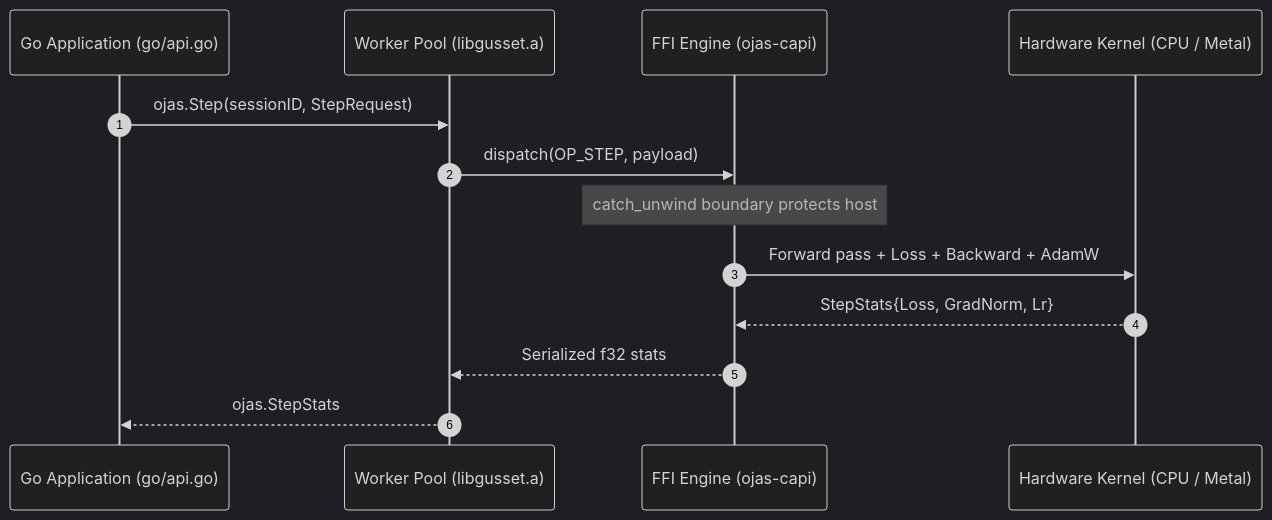
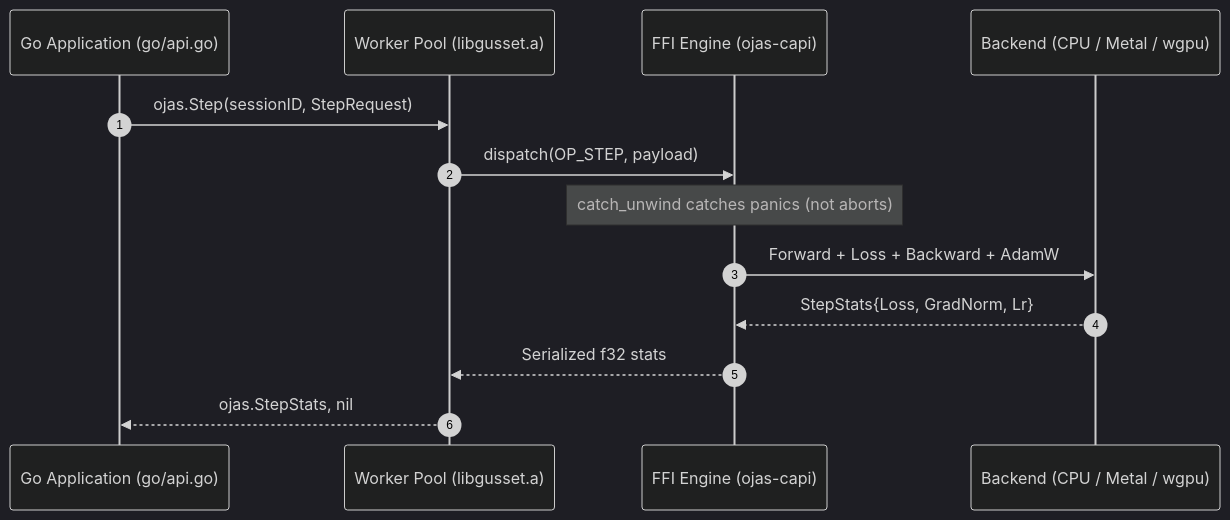
The seventh of 8 diagrams in README.md (bharathvbcr/ojas), drawn with Mermaid (dark theme) before and after one commit. The commit also changed other lines of this file and 341 other files, not shown here.

````diff
--- a/README.md
+++ b/README.md
@@ -163,16 +252,16 @@
 ```mermaid
 sequenceDiagram
     autonumber
     participant Go as Go Application (go/api.go)
     participant Gusset as Worker Pool (libgusset.a)
     participant CAPI as FFI Engine (ojas-capi)
-    participant Kernel as Hardware Kernel (CPU / Metal)
+    participant Backend as Backend (CPU / Metal / wgpu)
 
     Go->>Gusset: ojas.Step(sessionID, StepRequest)
     Gusset->>CAPI: dispatch(OP_STEP, payload)
-    Note over CAPI: catch_unwind boundary protects host
-    CAPI->>Kernel: Forward pass + Loss + Backward + AdamW
-    Kernel-->>CAPI: StepStats{Loss, GradNorm, Lr}
+    Note over CAPI: catch_unwind catches panics (not aborts)
+    CAPI->>Backend: Forward + Loss + Backward + AdamW
+    Backend-->>CAPI: StepStats{Loss, GradNorm, Lr}
     CAPI-->>Gusset: Serialized f32 stats
-    Gusset-->>Go: ojas.StepStats
+    Gusset-->>Go: ojas.StepStats, nil
 ```
````
